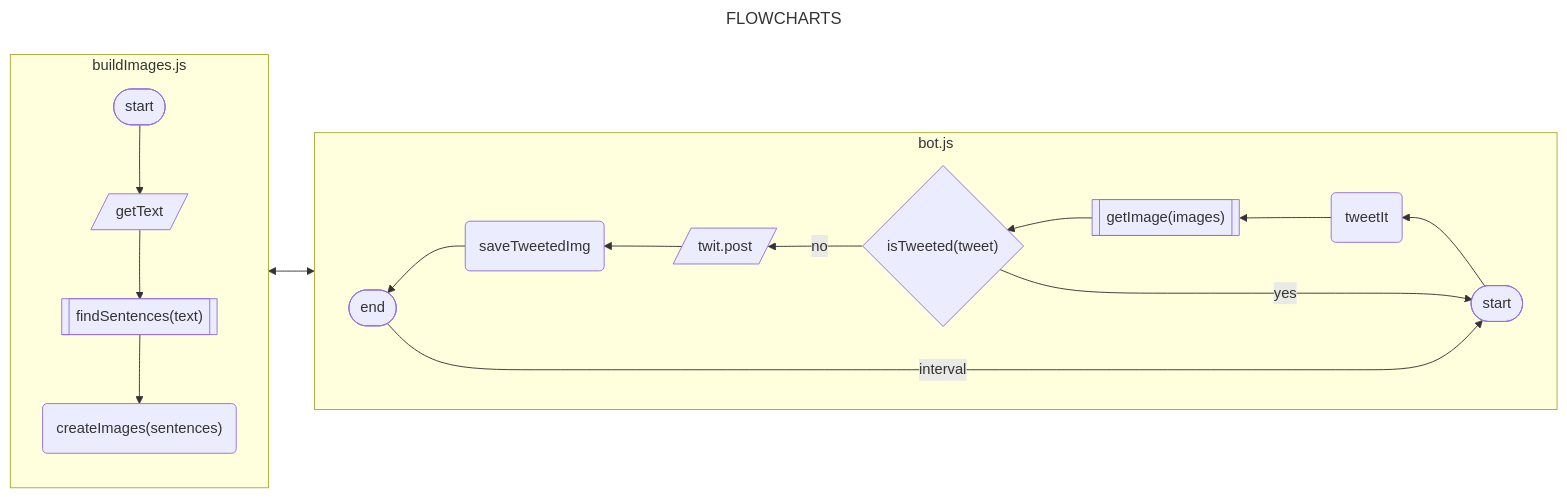
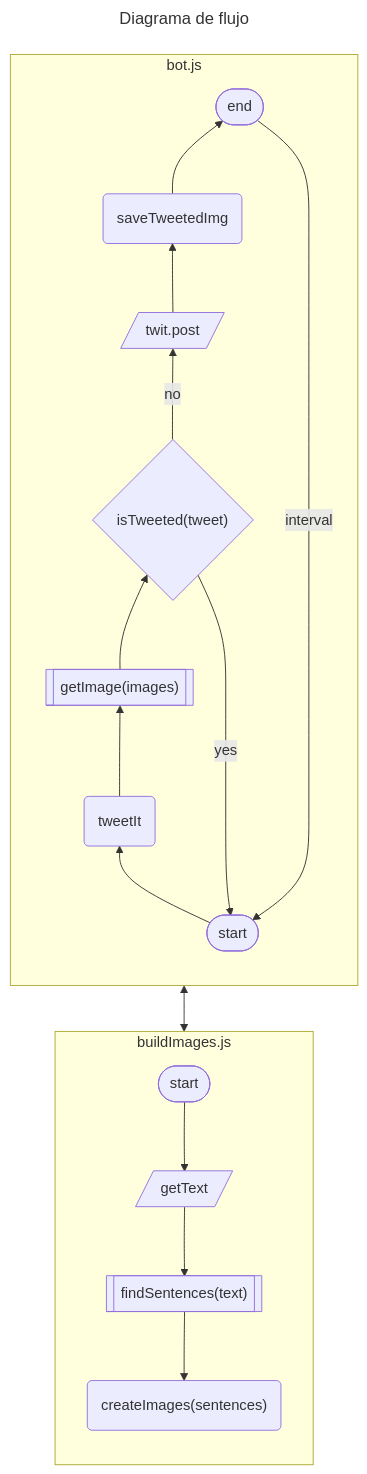
Before and after one commit to HadalyVillasclaras/unaImagenBot: the diagram in README.md, drawn with Mermaid.

Commit message:
update: readme

`````diff
--- a/README.md
+++ b/README.md
@@ -9,30 +9,30 @@
 ```mermaid
 ---
-title: FLOWCHARTS
+title: Diagrama de flujo
 ---
 
-flowchart RL
+flowchart 
 subgraph bot.js 
-direction RL
+direction BT
   A1([start]) --> A2(tweetIt)
   A2 --> A3[["getImage(images)"]]
   A3 --> A4{"isTweeted(tweet)"}
   A4-- yes --> A1
   A4-- no --> A5[/twit.post/]
   A5 --> A6(saveTweetedImg)
   A6 --> A7([end])
   A7 -- "interval" --> A1
 end
 
 subgraph buildImages.js
 direction TB
   B1([start]) --> B2[/getText/]
   B2 --> B3[["findSentences(text)"]]
   B3 --> B4("createImages(sentences)")
 end
 
 
 A3<-->B1
 
 
 ````
`````
